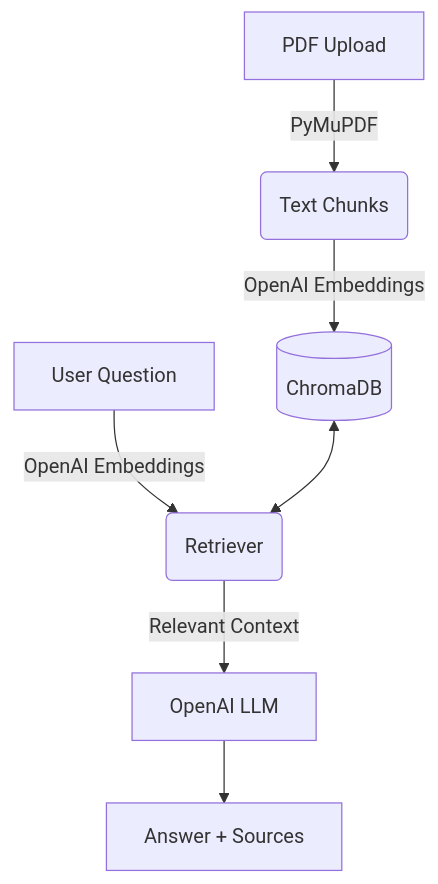
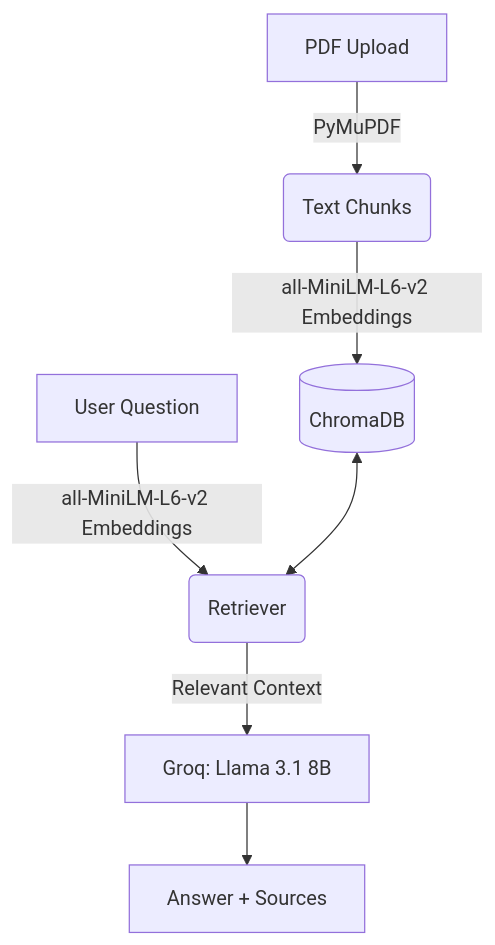
The diagram in README.md (anjanpadaki/Placementor-AI), drawn with Mermaid before and after one commit. The commit also changed other lines of this file and 9 other files, not shown here.

````diff
--- a/README.md
+++ b/README.md
@@ -11,10 +11,10 @@
 ```mermaid
 graph TD
     A[PDF Upload] -->|PyMuPDF| B(Text Chunks)
-    B -->|OpenAI Embeddings| C[(ChromaDB)]
+    B -->|all-MiniLM-L6-v2 Embeddings| C[(ChromaDB)]
     
-    D[User Question] -->|OpenAI Embeddings| E(Retriever)
+    D[User Question] -->|all-MiniLM-L6-v2 Embeddings| E(Retriever)
     C <--> E
-    E -->|Relevant Context| F[OpenAI LLM]
+    E -->|Relevant Context| F[Groq: Llama 3.1 8B]
     F --> G[Answer + Sources]
 ```
````
